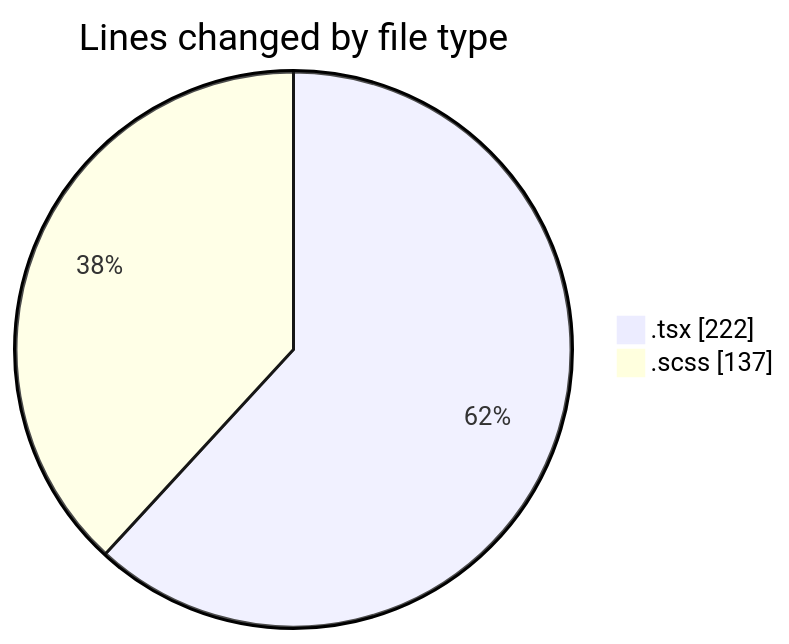
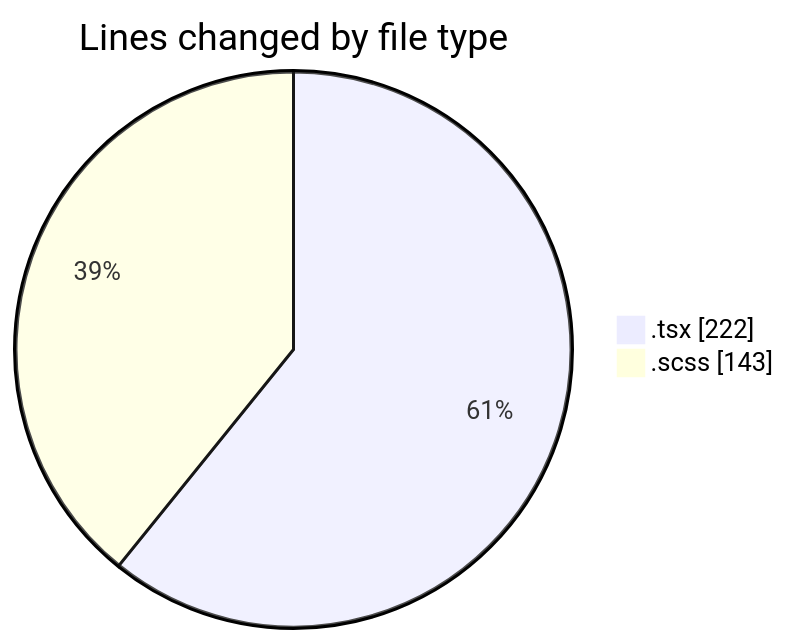
The first of 2 diagrams in 2026-04-16/cda/README.md (momahboobian/code-tracking), drawn with Mermaid before and after one commit. The commit also changed other lines of this file and 1 other file, not shown here.

````diff
--- a/2026-04-16/cda/README.md
+++ b/2026-04-16/cda/README.md
@@ -22,6 +22,6 @@
 ```mermaid
 pie showData
 title Lines changed by file type
 ".tsx" : 222
-".scss" : 137
+".scss" : 143
 ```
````
